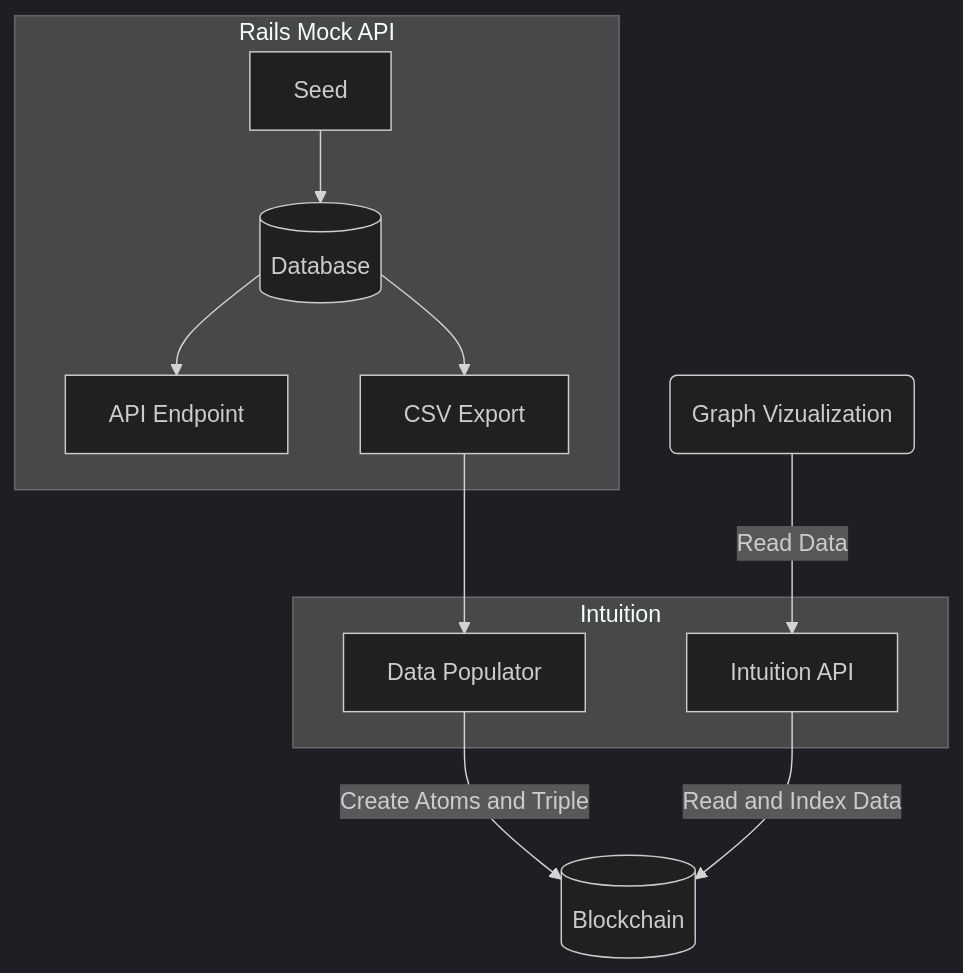
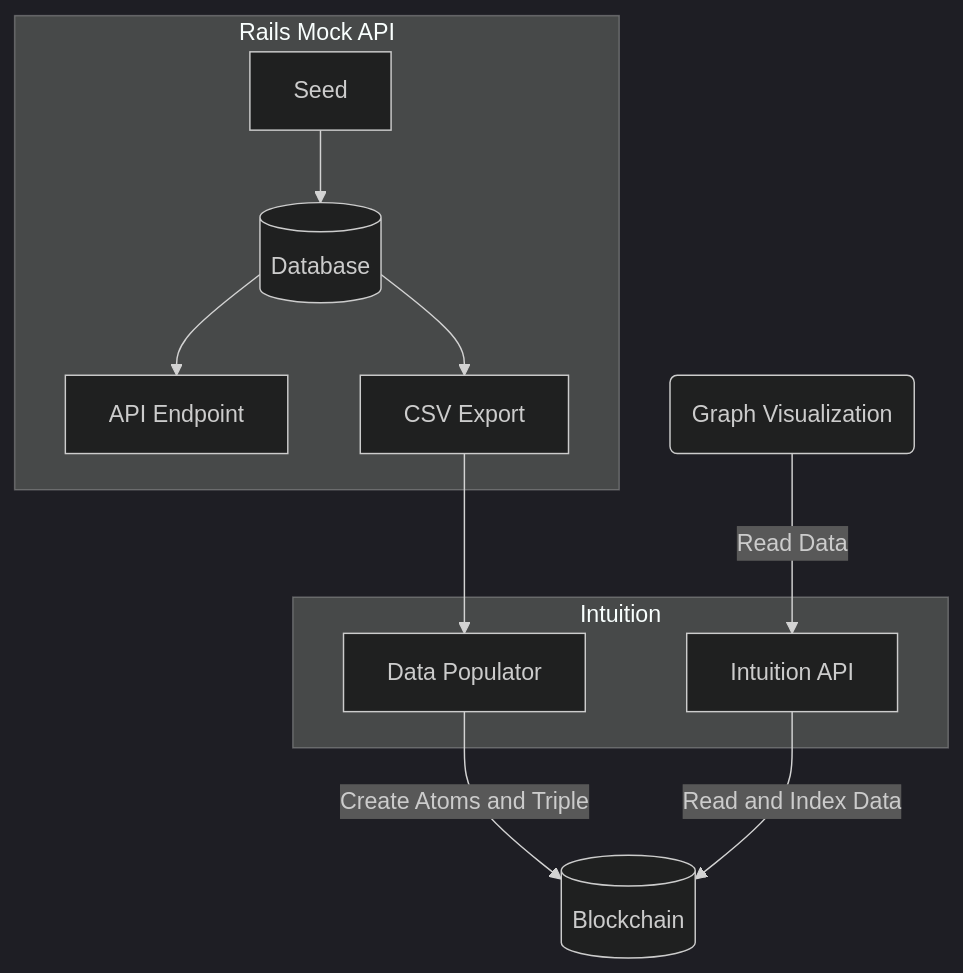
Before and after one commit to THP-Lab/thp-lab.github.io: the fourth of 4 diagrams in blog/Intuition.md, drawn with Mermaid (dark theme). The commit also changed other lines of this file and 1 other file, not shown here.

````diff
--- a/blog/Intuition.md
+++ b/blog/Intuition.md
@@ -94,18 +94,18 @@
 ```mermaid
 flowchart TD
     subgraph RailsAPI[Rails Mock API]
         Seed[Seed] --> DB[(Database)]
         DB --> API[API Endpoint]
         DB --> CSV[CSV Export]
     end
     subgraph IntuitionDP[Intuition]
         DP[Data Populator]
         API_INT[Intuition API]
     end
     BC[(Blockchain)]
-    GraphViz(Graph Vizualization)
+    GraphViz(Graph Visualization)
     CSV --> DP
     DP -->|Create Atoms and Triple| BC
     API_INT -->|Read and Index Data| BC
     GraphViz -->|Read Data| API_INT
 ```
````
